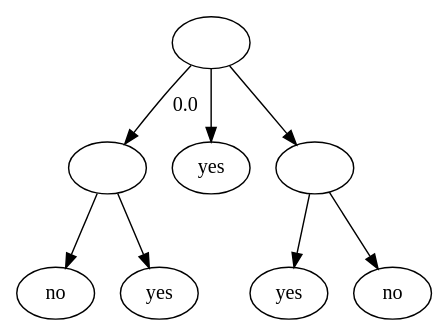
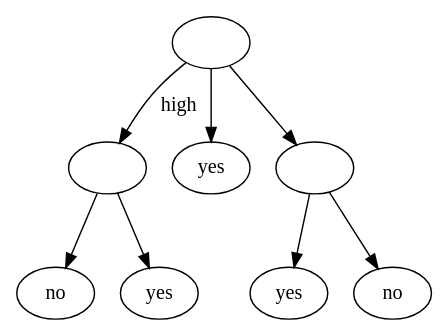
The diagram in output/tree.dot (lelouch01234/decision-tree), drawn with Graphviz before and after one commit. The commit also changed 3 other files, not shown here.

```diff
--- a/output/tree.dot
+++ b/output/tree.dot
@@ -1,18 +1,18 @@
 digraph DecisionTree {
 graph [ordering="out"];
   0 [label=""];
-  0 -> 1 [label=" 0.0"];
+  0 -> 1 [label=" high"];
   1 [label=""];
   1 -> 2 [label=" "];
   2 [label="no"];
   1 -> 3 [label=" "];
   3 [label="yes"];
   0 -> 4 [label=" "];
   4 [label="yes"];
   0 -> 5 [label=" "];
   5 [label=""];
   5 -> 6 [label=" "];
   6 [label="yes"];
   5 -> 7 [label=" "];
   7 [label="no"];
 }
```
